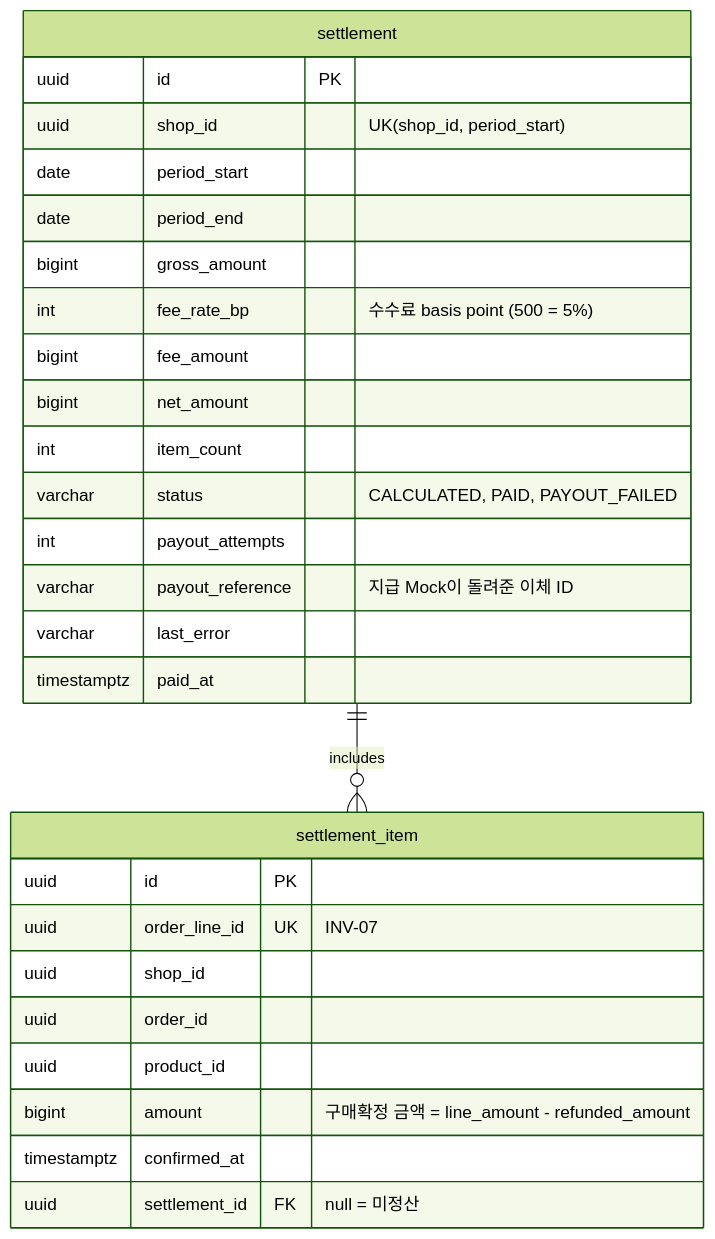
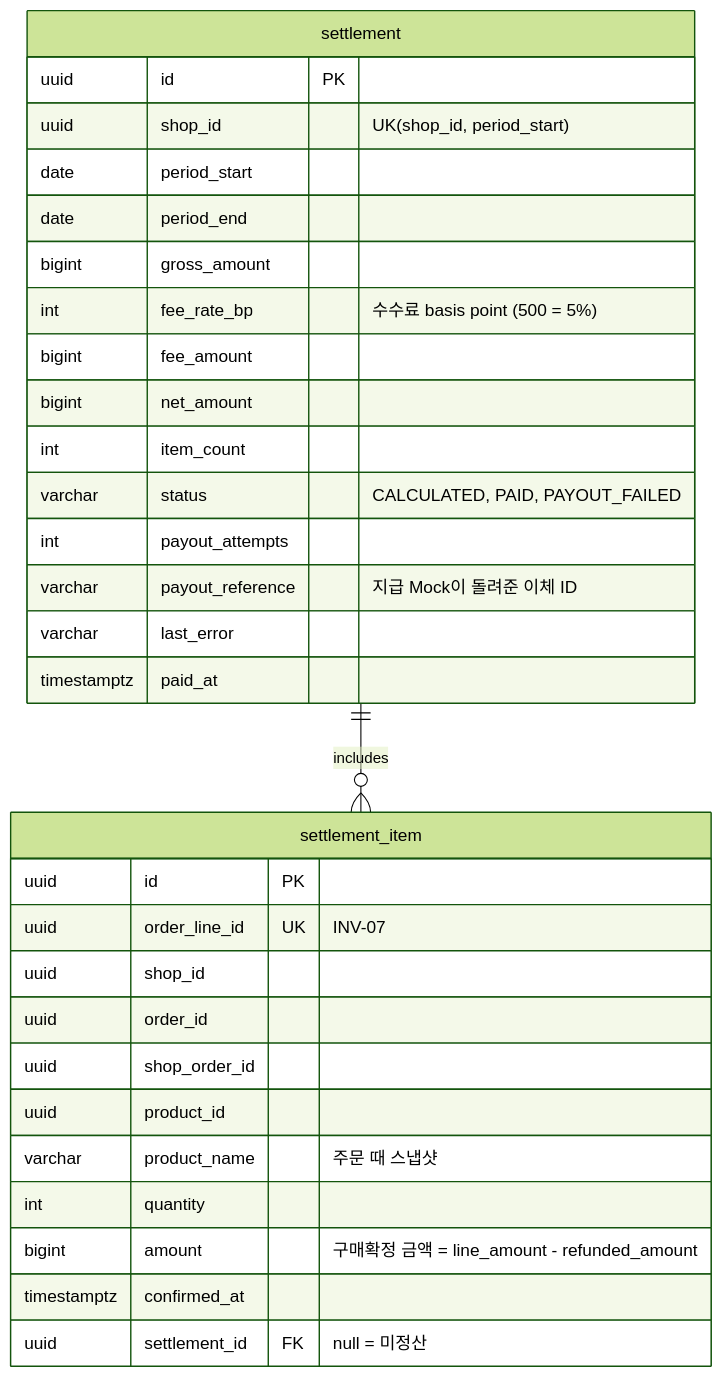
One commit to 95twan/myroutine-v2 changed the sixth of 10 diagrams in docs/02-design/03-erd.md. Above: the diagram before and after it, drawn with Mermaid (forest theme). The commit also changed other lines of this file and 29 other files, not shown here.

````diff
--- a/docs/02-design/03-erd.md
+++ b/docs/02-design/03-erd.md
@@ -312,30 +313,33 @@
 ```mermaid
 erDiagram
   settlement ||--o{ settlement_item : includes
   settlement_item {
     uuid id PK
     uuid order_line_id UK "INV-07"
     uuid shop_id
     uuid order_id
+    uuid shop_order_id
     uuid product_id
+    varchar product_name "주문 때 스냅샷"
+    int quantity
     bigint amount "구매확정 금액 = line_amount - refunded_amount"
     timestamptz confirmed_at
     uuid settlement_id FK "null = 미정산"
   }
   settlement {
     uuid id PK
     uuid shop_id "UK(shop_id, period_start)"
     date period_start
     date period_end
     bigint gross_amount
     int fee_rate_bp "수수료 basis point (500 = 5%)"
     bigint fee_amount
     bigint net_amount
     int item_count
     varchar status "CALCULATED, PAID, PAYOUT_FAILED"
     int payout_attempts
     varchar payout_reference "지급 Mock이 돌려준 이체 ID"
     varchar last_error
     timestamptz paid_at
   }
 ```
````
